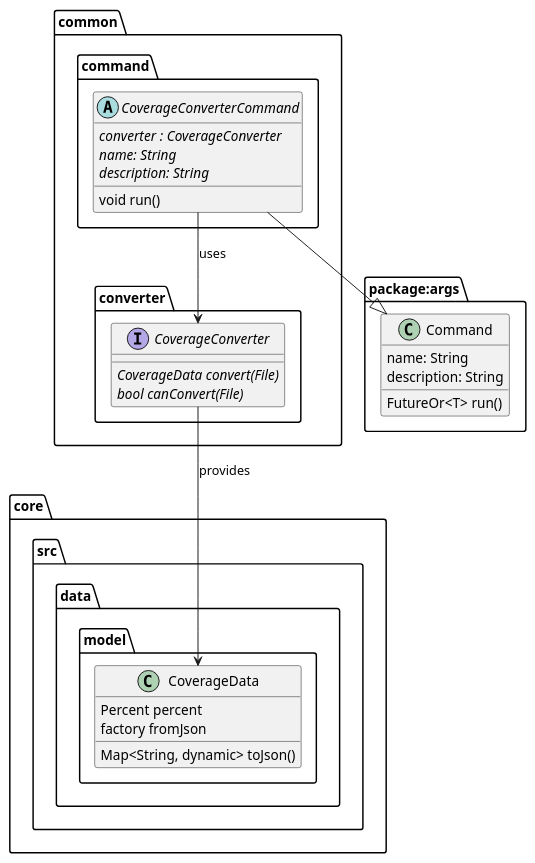
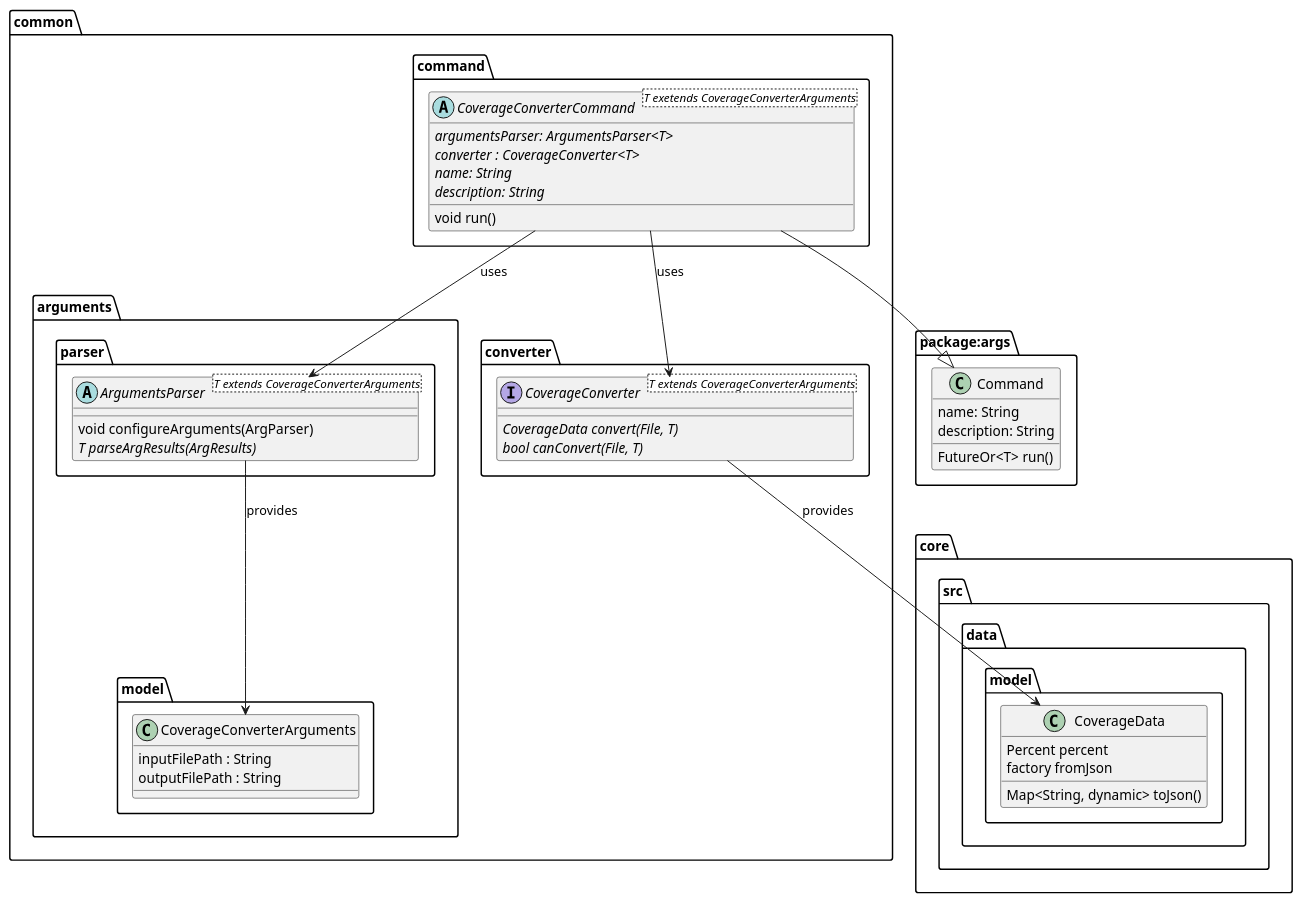
Before and after one commit to Flank/flank-dashboard: the diagram in metrics/coverage_converter/docs/diagrams/coverage_interfaces_diagram.puml, drawn with PlantUML. The commit also changed 3 other files, not shown here.

First line of the commit message:
feat: Improve coverage arguments parsing design (#740)

```diff
--- a/metrics/coverage_converter/docs/diagrams/coverage_interfaces_diagram.puml
+++ b/metrics/coverage_converter/docs/diagrams/coverage_interfaces_diagram.puml
@@ -1,43 +1,63 @@
 @startuml coverage_interfaces_diagram.puml
 
 package package:args {
     class Command {
         name: String
         description: String
         FutureOr<T> run()
     }
 }
 
 
 package core.src.data.model {
     class CoverageData {
         Percent percent
         Map<String, dynamic> toJson()
         factory fromJson
     }
 }
 
 
 package common {
+    package arguments {
+        package model {
+            class CoverageConverterArguments {
+                inputFilePath : String
+                outputFilePath : String
+            }
+        }
+
+        package parser {
+            abstract ArgumentsParser<T extends CoverageConverterArguments> {
+                void configureArguments(ArgParser)
+                {abstract} T parseArgResults(ArgResults)
+            }
+        }
+    }
+
+
     package command {
-        abstract CoverageConverterCommand {
-            {abstract} converter : CoverageConverter
+        abstract CoverageConverterCommand<T exetends CoverageConverterArguments> {
+            {abstract} argumentsParser: ArgumentsParser<T>
+            {abstract} converter : CoverageConverter<T>
             {abstract} name: String
             {abstract} description: String
             void run()
         }
     }
 
     package converter {
-        interface CoverageConverter {
-            {abstract} CoverageData convert(File)
-            {abstract} bool canConvert(File)
+        interface CoverageConverter<T extends CoverageConverterArguments> {
+            {abstract} CoverageData convert(File, T)
+            {abstract} bool canConvert(File, T)
         }
     }
 }
 
 CoverageConverterCommand --|> Command
 CoverageConverter --> CoverageData : provides
 CoverageConverterCommand --> CoverageConverter : uses
+CoverageConverterCommand --> ArgumentsParser : uses
+ArgumentsParser --> CoverageConverterArguments : provides
 
 @enduml
```
